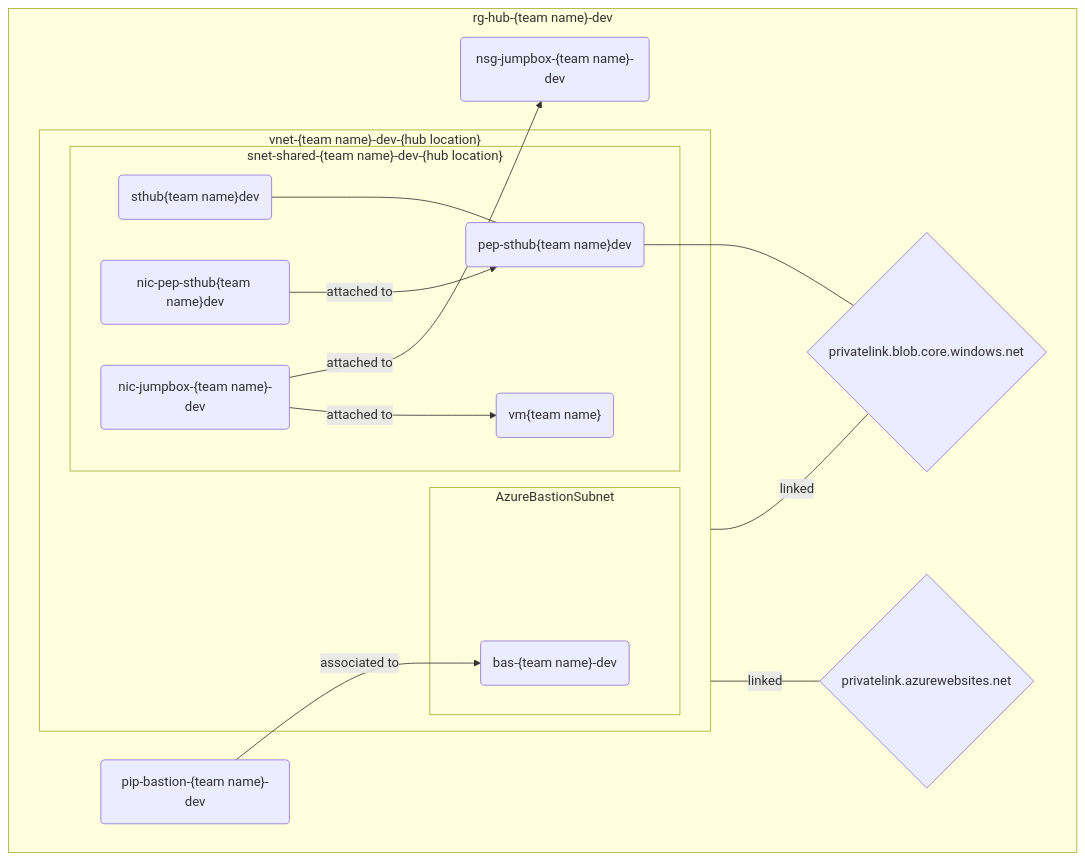
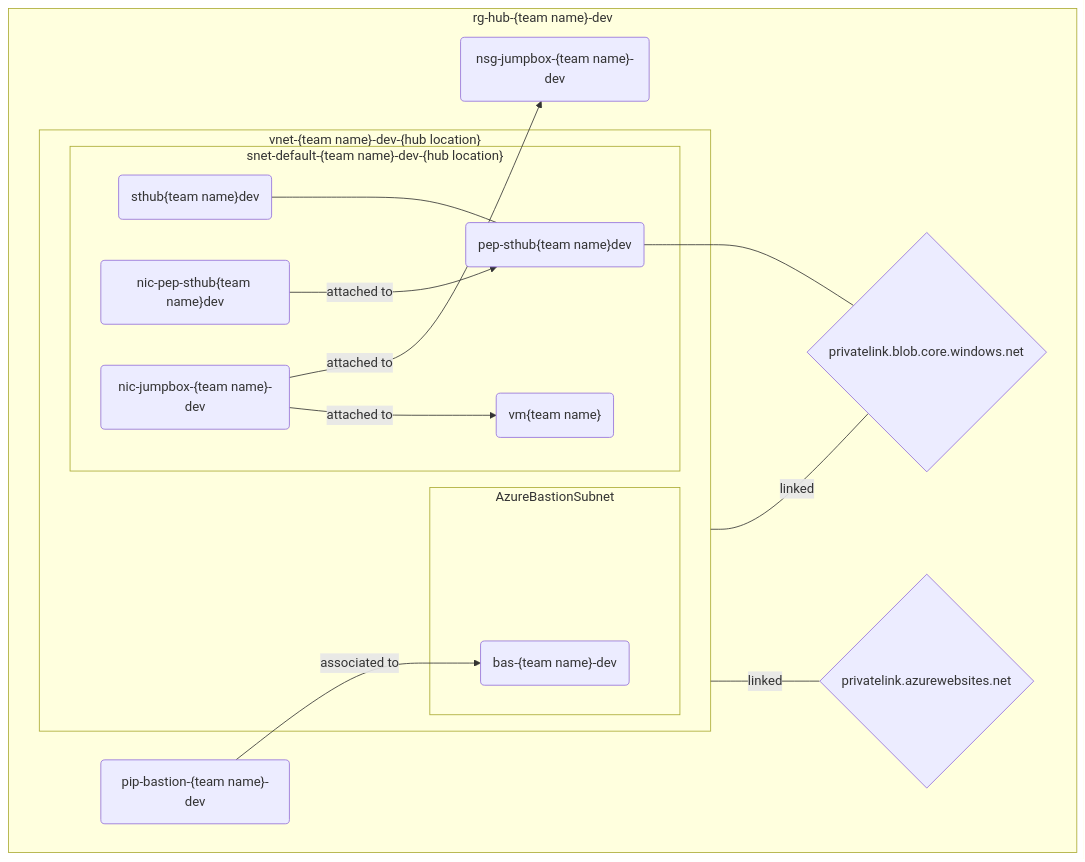
One commit to Lybecker/azure-secure-networking-for-devs changed the diagram in exercises/instructions/3-bastion.md. Above: the diagram before and after it, drawn with Mermaid. The commit also changed 13 other files, not shown here.

Commit message:
updating shared to default

````diff
--- a/exercises/instructions/3-bastion.md
+++ b/exercises/instructions/3-bastion.md
@@ -42,35 +42,35 @@
 ```mermaid
 graph
     subgraph rg-hub["rg-hub-{team name}-dev"]
         subgraph vnet-hub["vnet-{team name}-dev-{hub location}"]
-            subgraph snet-shared-hub["snet-shared-{team name}-dev-{hub location}"]
+            subgraph snet-default-hub["snet-default-{team name}-dev-{hub location}"]
                 st-hub("sthub{team name}dev")
                 nic-pep-st-hub("nic-pep-sthub{team name}dev")
                 pep-st-hub("pep-sthub{team name}dev")
                 nic-jumpbox("nic-jumpbox-{team name}-dev")
                 vm("vm{team name}")
             end
 
             subgraph snet-bastion["AzureBastionSubnet"]
                 bas("bas-{team name}-dev")
             end
         end
 
         nsg-jumpbox("nsg-jumpbox-{team name}-dev")
         pip-bas("pip-bastion-{team name}-dev")
 
         priv-dns-zone-blobs{"privatelink.blob.core.windows.net"}
         priv-dns-zone-sites{"privatelink.azurewebsites.net"}
 
         st-hub---pep-st-hub
         nic-pep-st-hub-- attached to -->pep-st-hub
 
         nic-jumpbox-- attached to -->nsg-jumpbox
         nic-jumpbox-- attached to -->vm
         pip-bas-- associated to -->bas
     end
 
     vnet-hub-- linked ---priv-dns-zone-blobs
     vnet-hub-- linked ---priv-dns-zone-sites
     pep-st-hub---priv-dns-zone-blobs
 ```
````
